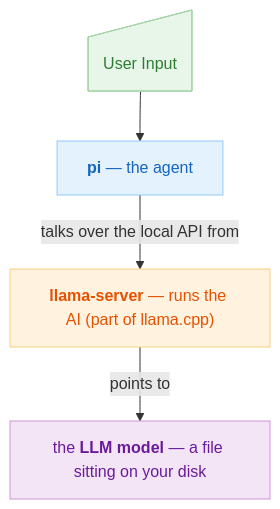
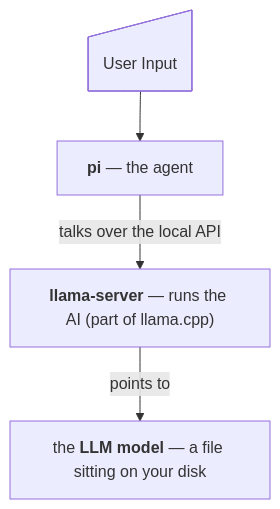
One commit to rosmur/local-llm-setup changed the diagram in README.md. Above: the diagram before and after it, drawn with Mermaid. The commit also changed other lines of this file and 15 other files, not shown here.

````diff
--- a/README.md
+++ b/README.md
@@ -63,16 +82,11 @@
 ```mermaid
 flowchart TD
     User@{ shape: manual-input, label: "User Input"}
     Pi["`**pi** — the agent`"]
     Server["`**llama-server** — runs the AI (part of llama.cpp)`"]
     AIModel["`the **LLM model** — a file sitting on your disk`"]
 
     User --> Pi
-    Pi -- "talks over the local API from " --> Server
+    Pi -- "talks over the local API" --> Server
     Server -- "points to" --> AIModel
-
-    style User fill:#e8f5e9,stroke:#a5d6a7,color:#2e7d32
-    style Pi fill:#e3f2fd,stroke:#90caf9,color:#1565c0
-    style Server fill:#fff3e0,stroke:#ffcc80,color:#e65100
-    style AIModel fill:#f3e5f5,stroke:#ce93d8,color:#6a1b9a
 ```
````
